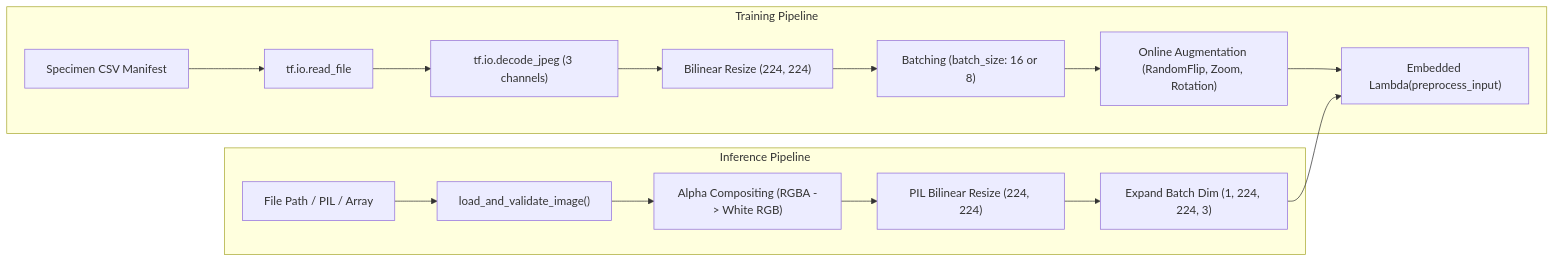
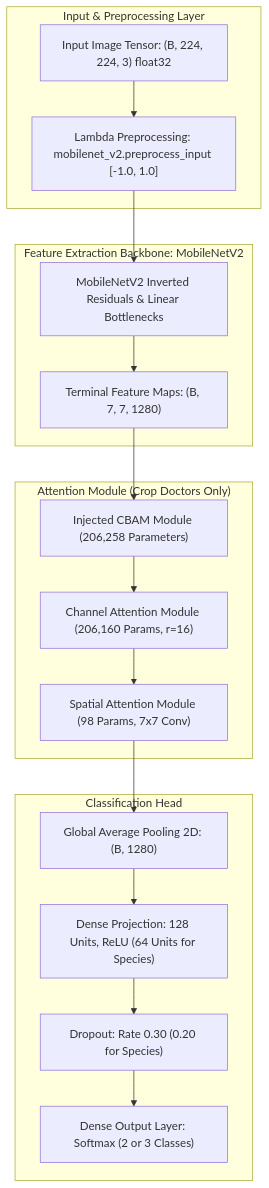
One commit to ranitadhikari2023/plant-disease-detection changed the second of 7 diagrams in docs/FINAL_PROJECT_ANALYSIS_REPORT.md. Above: the diagram before and after it, drawn with Mermaid. The commit also changed other lines of this file and 93 other files, not shown here.

````diff
--- a/docs/FINAL_PROJECT_ANALYSIS_REPORT.md
+++ b/docs/FINAL_PROJECT_ANALYSIS_REPORT.md
@@ -406,19 +868,30 @@
 ```mermaid
-flowchart LR
-    subgraph "Training Pipeline"
-        T1["Specimen CSV Manifest"] --> T2["tf.io.read_file"]
-        T2 --> T3["tf.io.decode_jpeg (3 channels)"]
-        T3 --> T4["Bilinear Resize (224, 224)"]
-        T4 --> T5["Batching (batch_size: 16 or 8)"]
-        T5 --> T6["Online Augmentation (RandomFlip, Zoom, Rotation)"]
-        T6 --> T7["Embedded Lambda(preprocess_input)"]
+flowchart TD
+    subgraph Input ["Input & Preprocessing Layer"]
+        IN["Input Image Tensor: (B, 224, 224, 3) float32"]
+        NORM["Lambda Preprocessing: mobilenet_v2.preprocess_input [-1.0, 1.0]"]
+        IN --> NORM
     end
-    
-    subgraph "Inference Pipeline"
-        I1["File Path / PIL / Array"] --> I2["load_and_validate_image()"]
-        I2 --> I3["Alpha Compositing (RGBA -> White RGB)"]
-        I3 --> I4["PIL Bilinear Resize (224, 224)"]
-        I4 --> I5["Expand Batch Dim (1, 224, 224, 3)"]
-        I5 --> T7
+
+    subgraph Backbone ["Feature Extraction Backbone: MobileNetV2"]
+        BB["MobileNetV2 Inverted Residuals & Linear Bottlenecks"]
+        FEAT["Terminal Feature Maps: (B, 7, 7, 1280)"]
+        NORM --> BB --> FEAT
+    end
+
+    subgraph Attention ["Attention Module (Crop Doctors Only)"]
+        CBAM_MOD["Injected CBAM Module (206,258 Parameters)"]
+        CAM["Channel Attention Module (206,160 Params, r=16)"]
+        SAM["Spatial Attention Module (98 Params, 7x7 Conv)"]
+        FEAT --> CBAM_MOD
+        CBAM_MOD --> CAM --> SAM
+    end
+
+    subgraph Head ["Classification Head"]
+        GAP["Global Average Pooling 2D: (B, 1280)"]
+        DENSE1["Dense Projection: 128 Units, ReLU (64 Units for Species)"]
+        DROP["Dropout: Rate 0.30 (0.20 for Species)"]
+        OUT["Dense Output Layer: Softmax (2 or 3 Classes)"]
+        SAM --> GAP --> DENSE1 --> DROP --> OUT
     end
 ```
````
